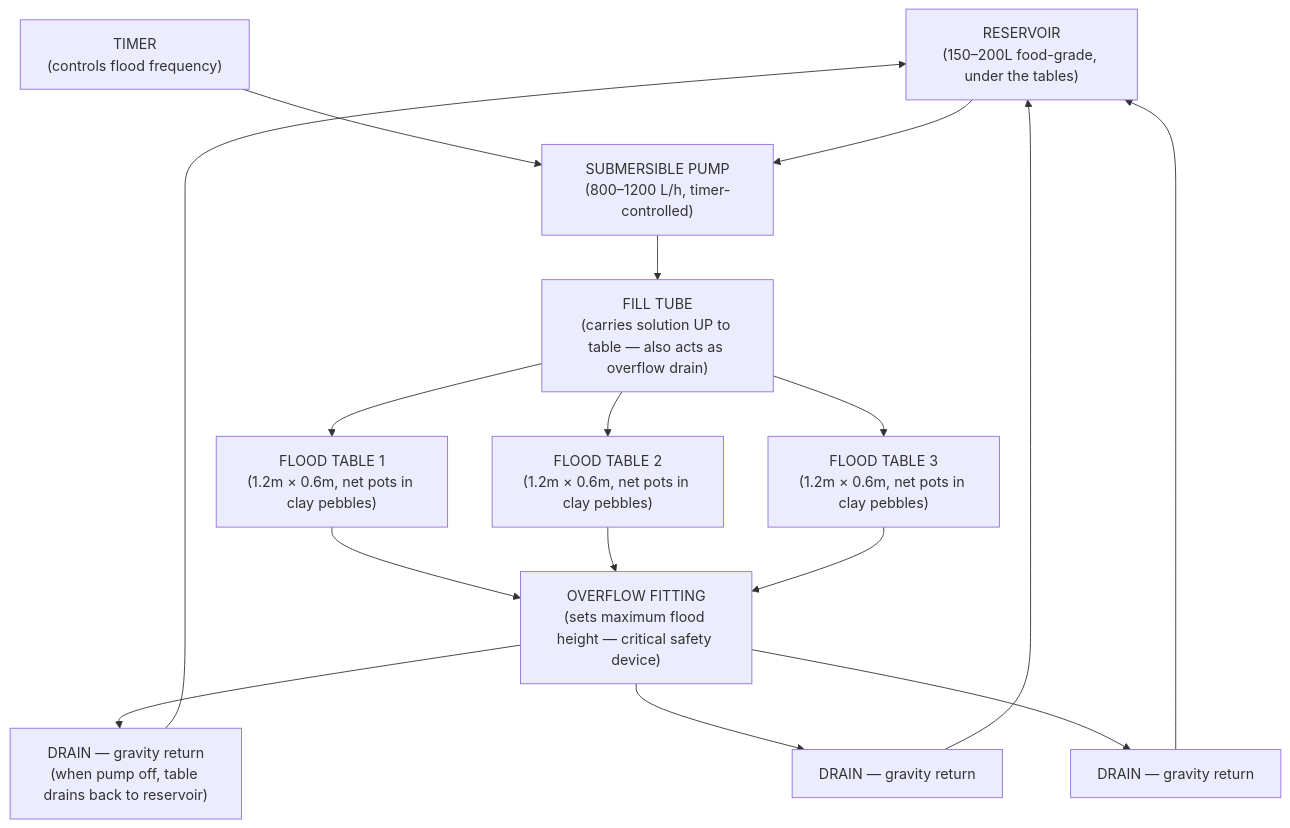
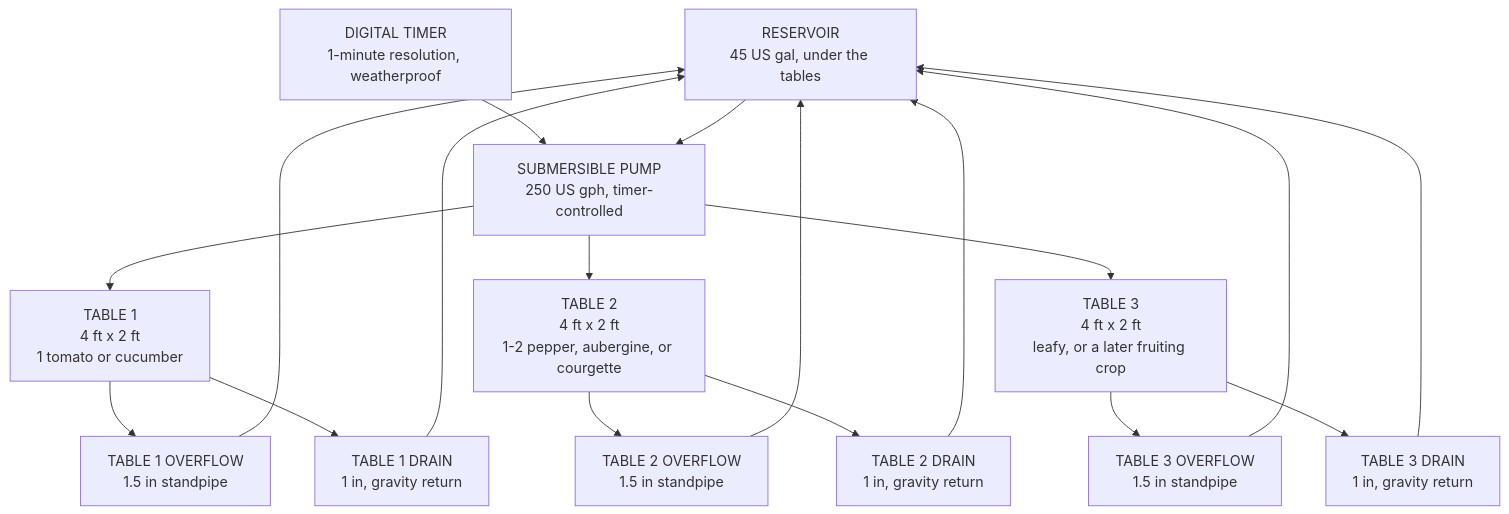
The second of 3 diagrams in guide/ebb-and-flow/01-ebb-flow-basics.md (UncleJS/guide_hydroponics), drawn with Mermaid before and after one commit. The commit also changed other lines of this file and 35 other files, not shown here.

````diff
--- a/guide/ebb-and-flow/01-ebb-flow-basics.md
+++ b/guide/ebb-and-flow/01-ebb-flow-basics.md
@@ -97,30 +97,33 @@
 ```mermaid
 flowchart TD
-    RES["RESERVOIR<br/>(150–200L food-grade, under the tables)"]
-    PUMP["SUBMERSIBLE PUMP<br/>(800–1200 L/h, timer-controlled)"]
-    TIMER["TIMER<br/>(controls flood frequency)"]
-    FILL["FILL TUBE<br/>(carries solution UP to table — also acts as overflow drain)"]
-    OVF["OVERFLOW FITTING<br/>(sets maximum flood height — critical safety device)"]
-    T1["FLOOD TABLE 1<br/>(1.2m × 0.6m, net pots in clay pebbles)"]
-    T2["FLOOD TABLE 2<br/>(1.2m × 0.6m, net pots in clay pebbles)"]
-    T3["FLOOD TABLE 3<br/>(1.2m × 0.6m, net pots in clay pebbles)"]
-    DR1["DRAIN — gravity return<br/>(when pump off, table drains back to reservoir)"]
-    DR2["DRAIN — gravity return"]
-    DR3["DRAIN — gravity return"]
+    RES["RESERVOIR<br/>45 US gal, under the tables"]
+    PUMP["SUBMERSIBLE PUMP<br/>250 US gph, timer-controlled"]
+    TIMER["DIGITAL TIMER<br/>1-minute resolution, weatherproof"]
+    T1["TABLE 1<br/>4 ft x 2 ft<br/>1 tomato or cucumber"]
+    T2["TABLE 2<br/>4 ft x 2 ft<br/>1-2 pepper, aubergine, or courgette"]
+    T3["TABLE 3<br/>4 ft x 2 ft<br/>leafy, or a later fruiting crop"]
+    OF1["TABLE 1 OVERFLOW<br/>1.5 in standpipe"]
+    OF2["TABLE 2 OVERFLOW<br/>1.5 in standpipe"]
+    OF3["TABLE 3 OVERFLOW<br/>1.5 in standpipe"]
+    DR1["TABLE 1 DRAIN<br/>1 in, gravity return"]
+    DR2["TABLE 2 DRAIN<br/>1 in, gravity return"]
+    DR3["TABLE 3 DRAIN<br/>1 in, gravity return"]
 
     TIMER --> PUMP
     RES --> PUMP
-    PUMP --> FILL
-    FILL --> T1
-    FILL --> T2
-    FILL --> T3
-    T1 --> OVF
-    T2 --> OVF
-    T3 --> OVF
-    OVF --> DR1
-    OVF --> DR2
-    OVF --> DR3
+    PUMP --> T1
+    PUMP --> T2
+    PUMP --> T3
+    T1 --> OF1
+    T2 --> OF2
+    T3 --> OF3
+    T1 --> DR1
+    T2 --> DR2
+    T3 --> DR3
+    OF1 --> RES
+    OF2 --> RES
+    OF3 --> RES
     DR1 --> RES
     DR2 --> RES
     DR3 --> RES
 ```
````
